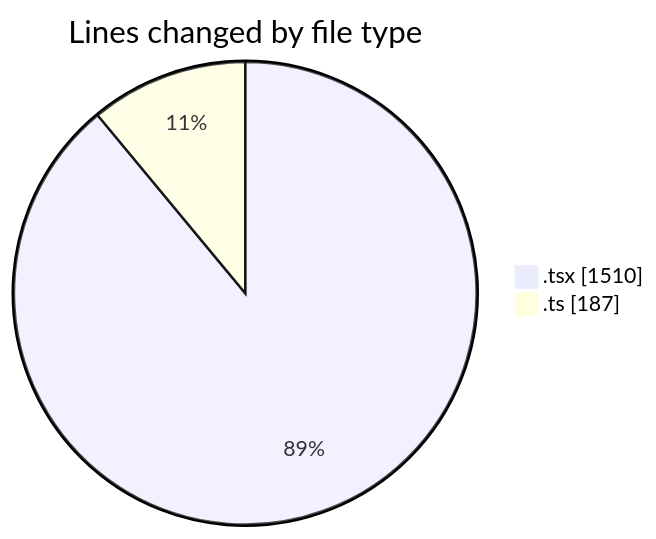
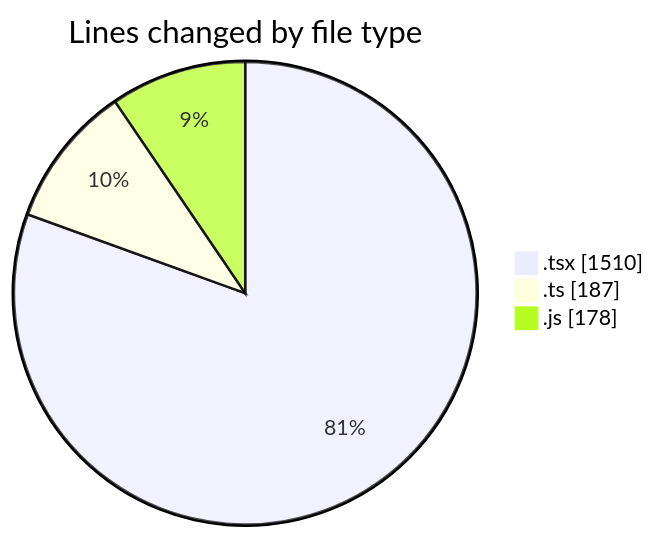
One commit to robertbonfada/code-tracking changed the first of 2 diagrams in 2025-02-03/mbc-web/README.md. Above: the diagram before and after it, drawn with Mermaid. The commit also changed other lines of this file and 1 other file, not shown here.

````diff
--- a/2025-02-03/mbc-web/README.md
+++ b/2025-02-03/mbc-web/README.md
@@ -25,6 +26,7 @@
 ```mermaid
 pie showData
 title Lines changed by file type
 ".tsx" : 1510
 ".ts" : 187
+".js" : 178
 ```
````
